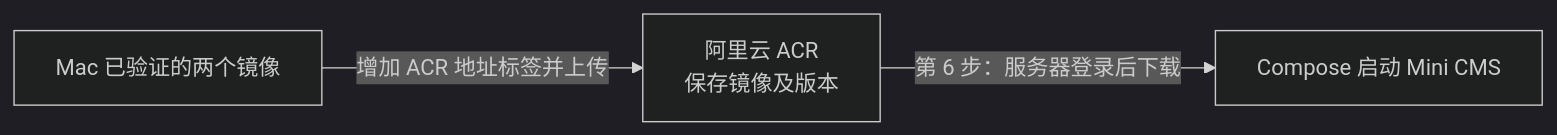
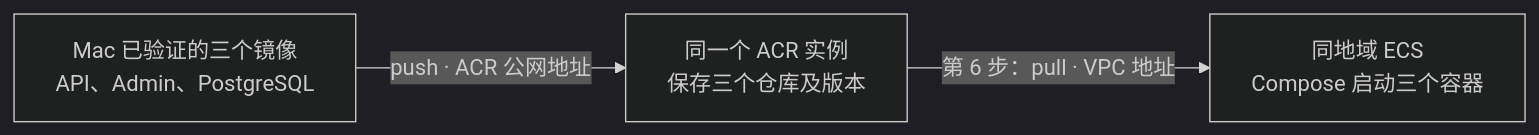
The ninth of 11 diagrams in backend/backend-system-learning/20A-用宝塔和Docker-Compose部署MiniCMS.md (jiajianhui/learning-notes), drawn with Mermaid (dark theme) before and after one commit. The commit also changed other lines of this file and 3 other files, not shown here.

````diff
--- a/backend/backend-system-learning/20A-用宝塔和Docker-Compose部署MiniCMS.md
+++ b/backend/backend-system-learning/20A-用宝塔和Docker-Compose部署MiniCMS.md
@@ -661,5 +711,5 @@
 ```mermaid
 flowchart LR
-    L["Mac 已验证的两个镜像"] -->|增加 ACR 地址标签并上传| R["阿里云 ACR<br/>保存镜像及版本"]
-    R -->|第 6 步：服务器登录后下载| C["Compose 启动 Mini CMS"]
+    M["Mac 已验证的三个镜像<br/>API、Admin、PostgreSQL"] -->|push · ACR 公网地址| R["同一个 ACR 实例<br/>保存三个仓库及版本"]
+    R -->|第 6 步：pull · VPC 地址| S["同地域 ECS<br/>Compose 启动三个容器"]
 ```
````
